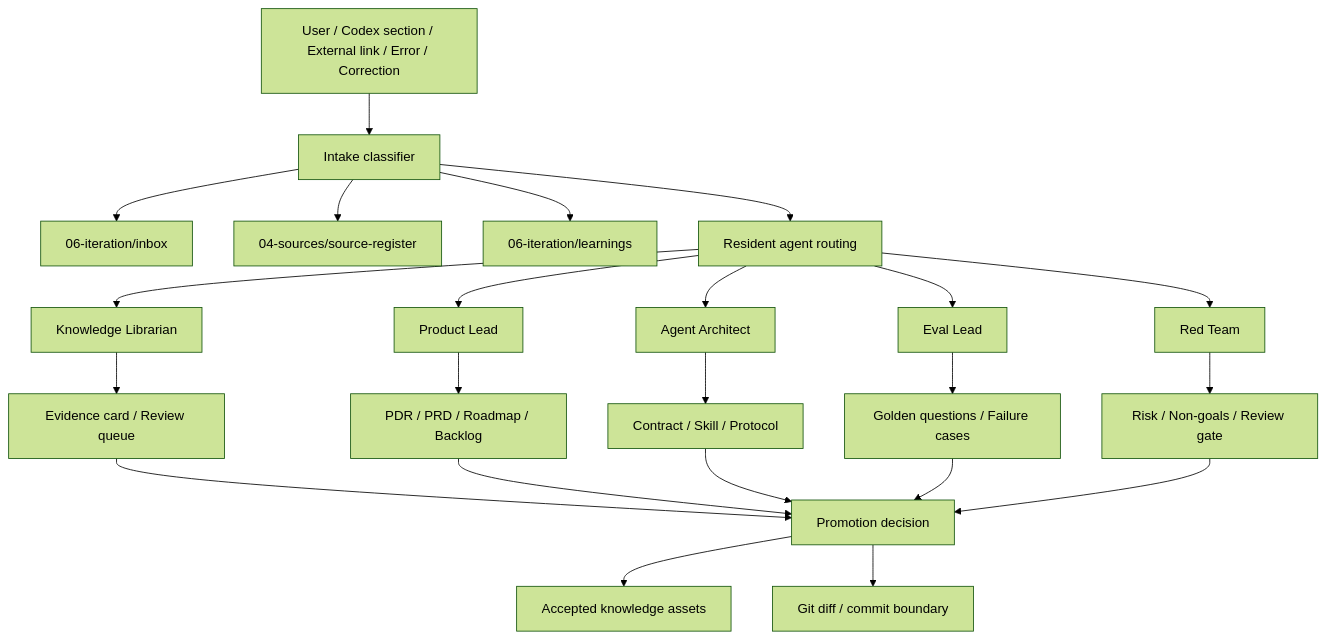
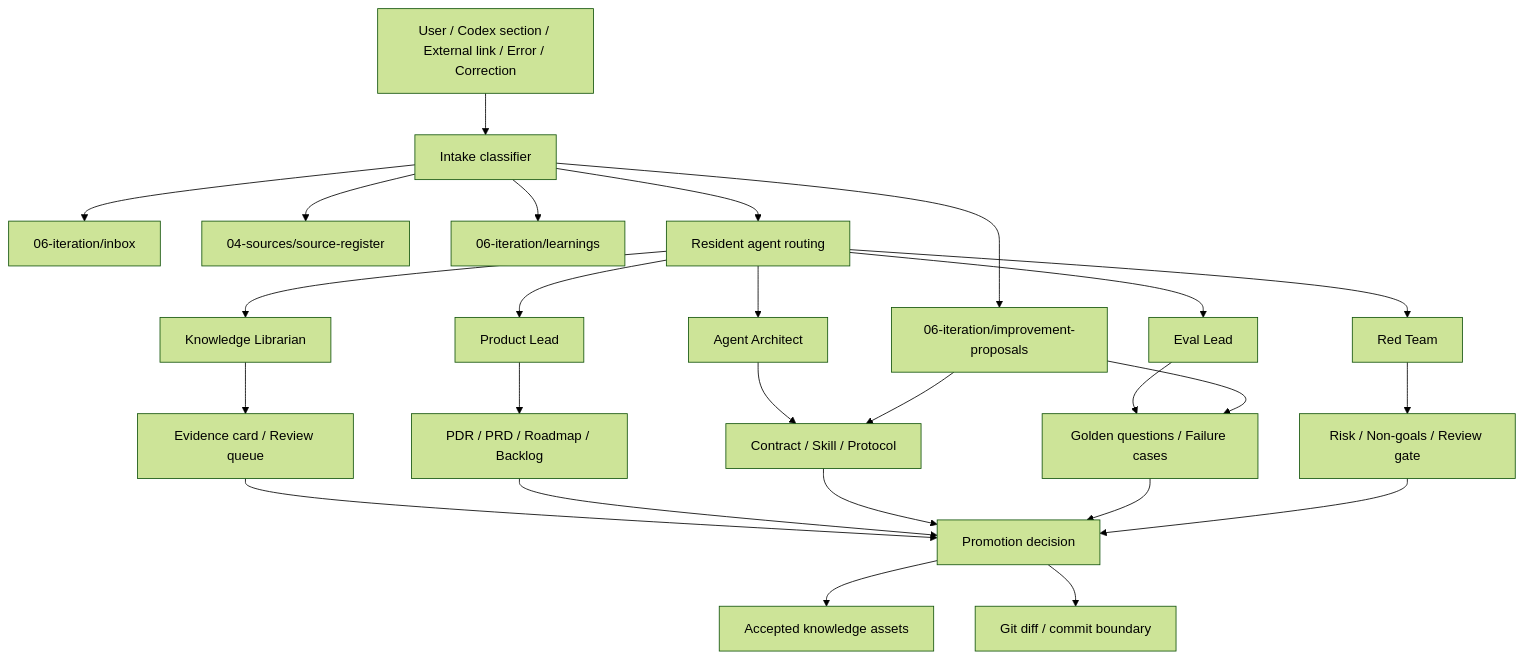
One commit to mosesslv/t-agent-factory changed the diagram in 03-architecture/knowledge-base-capability-blueprint.md. Above: the diagram before and after it, drawn with Mermaid (forest theme). The commit also changed other lines of this file and 16 other files, not shown here.

````diff
--- a/03-architecture/knowledge-base-capability-blueprint.md
+++ b/03-architecture/knowledge-base-capability-blueprint.md
@@ -56,25 +59,28 @@
 ```mermaid
 flowchart TD
   A["User / Codex section / External link / Error / Correction"] --> B["Intake classifier"]
   B --> C1["06-iteration/inbox"]
   B --> C2["04-sources/source-register"]
   B --> C3["06-iteration/learnings"]
+  B --> C4["06-iteration/improvement-proposals"]
   B --> D["Resident agent routing"]
   D --> E1["Knowledge Librarian"]
   D --> E2["Product Lead"]
   D --> E3["Agent Architect"]
   D --> E4["Eval Lead"]
   D --> E5["Red Team"]
   E1 --> F["Evidence card / Review queue"]
   E2 --> G["PDR / PRD / Roadmap / Backlog"]
   E3 --> H["Contract / Skill / Protocol"]
   E4 --> I["Golden questions / Failure cases"]
   E5 --> J["Risk / Non-goals / Review gate"]
+  C4 --> H
+  C4 --> I
   F --> K["Promotion decision"]
   G --> K
   H --> K
   I --> K
   J --> K
   K --> L["Accepted knowledge assets"]
   K --> M["Git diff / commit boundary"]
 ```
````
